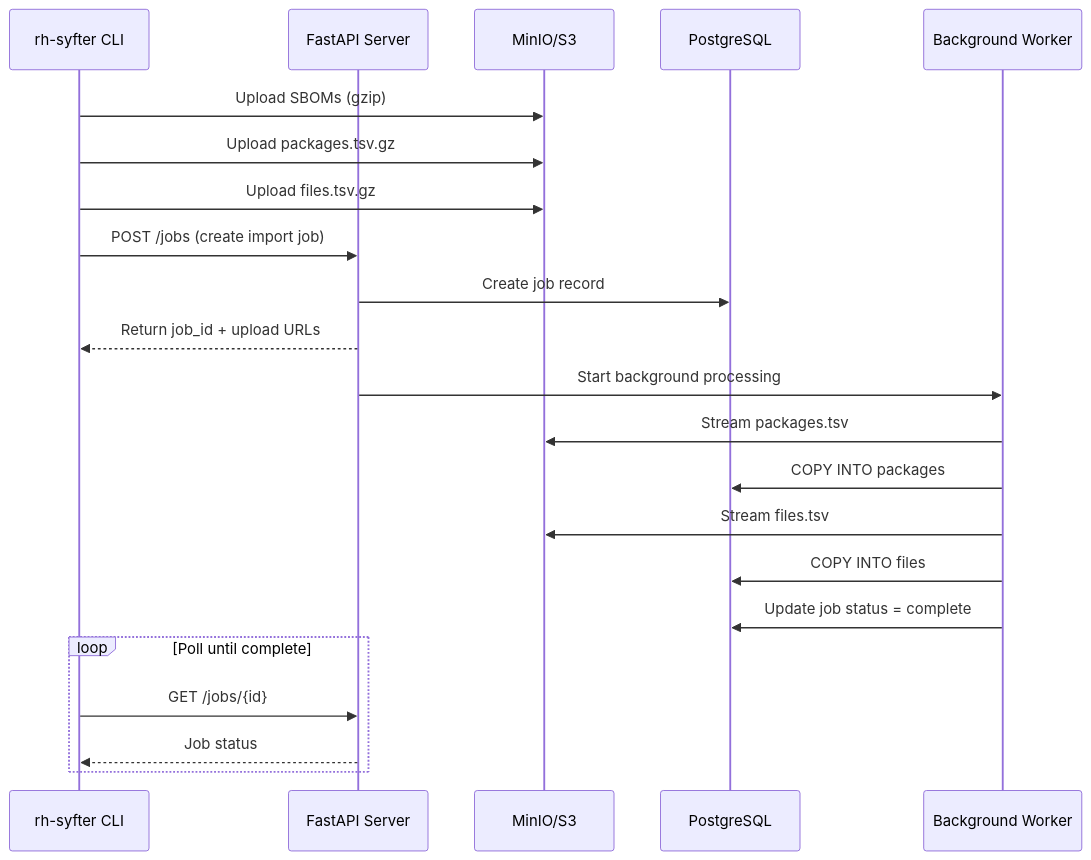
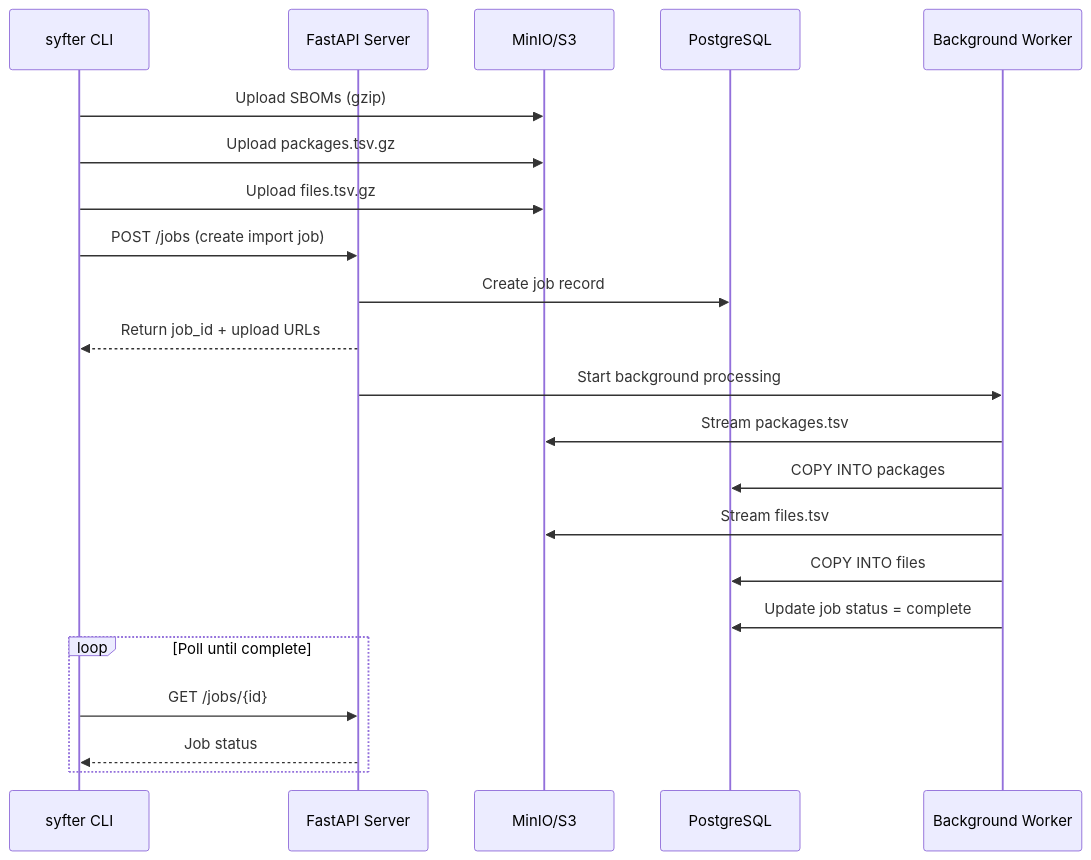
Before and after one commit to north-echo/syfter-enterprise: the second of 3 diagrams in docs/DATAFLOW.md, drawn with Mermaid. The commit also changed other lines of this file and 29 other files, not shown here.

````diff
--- a/docs/DATAFLOW.md
+++ b/docs/DATAFLOW.md
@@ -306,28 +306,28 @@
 ```mermaid
 sequenceDiagram
-    participant Client as rh-syfter CLI
+    participant Client as syfter CLI
     participant API as FastAPI Server
     participant S3 as MinIO/S3
     participant PG as PostgreSQL
     participant BG as Background Worker
 
     Client->>S3: Upload SBOMs (gzip)
     Client->>S3: Upload packages.tsv.gz
     Client->>S3: Upload files.tsv.gz
     Client->>API: POST /jobs (create import job)
     API->>PG: Create job record
     API-->>Client: Return job_id + upload URLs
 
     API->>BG: Start background processing
 
     BG->>S3: Stream packages.tsv
     BG->>PG: COPY INTO packages
     BG->>S3: Stream files.tsv
     BG->>PG: COPY INTO files
     BG->>PG: Update job status = complete
 
     loop Poll until complete
         Client->>API: GET /jobs/{id}
         API-->>Client: Job status
     end
 ```
````
